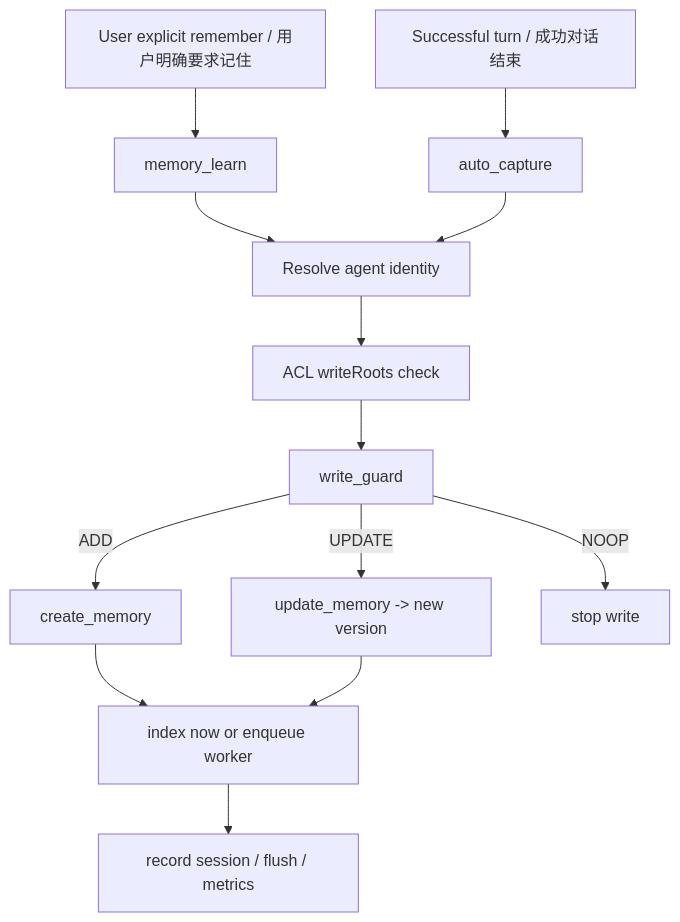
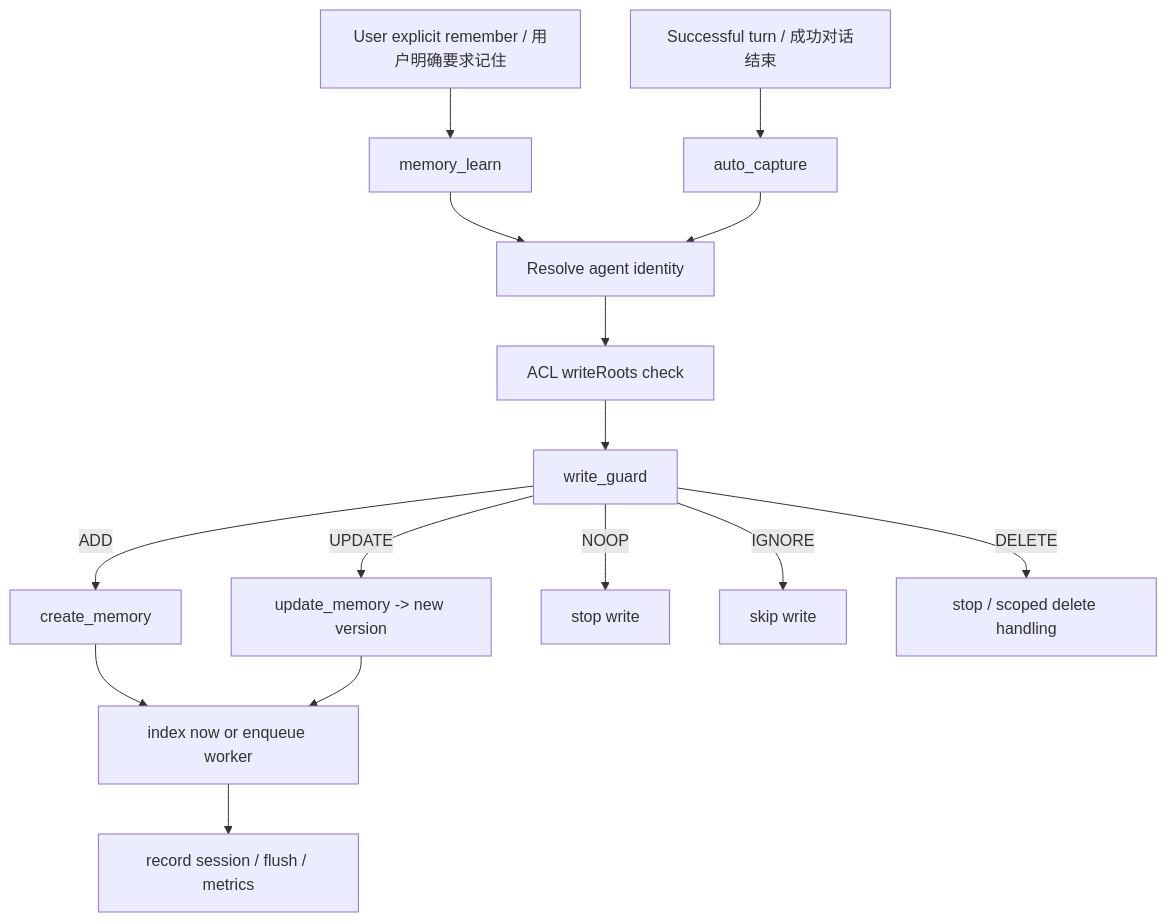
Before and after one commit to AGI-is-going-to-arrive/Memory-Palace-Openclaw: the third of 6 diagrams in docs/openclaw-doc/25-MEMORY_ARCHITECTURE_AND_PROFILES.md, drawn with Mermaid. The commit also changed other lines of this file and 64 other files, not shown here.

````diff
--- a/docs/openclaw-doc/25-MEMORY_ARCHITECTURE_AND_PROFILES.md
+++ b/docs/openclaw-doc/25-MEMORY_ARCHITECTURE_AND_PROFILES.md
@@ -252,15 +261,17 @@
 ```mermaid
 flowchart TD
     A[User explicit remember / 用户明确要求记住] --> B[memory_learn]
     C[Successful turn / 成功对话结束] --> D[auto_capture]
     B --> E[Resolve agent identity]
     D --> E
     E --> F[ACL writeRoots check]
     F --> G[write_guard]
     G -->|ADD| H[create_memory]
     G -->|UPDATE| I[update_memory -> new version]
     G -->|NOOP| J[stop write]
+    G -->|IGNORE| M[skip write]
+    G -->|DELETE| N[stop / scoped delete handling]
     H --> K[index now or enqueue worker]
     I --> K
     K --> L[record session / flush / metrics]
 ```
````
